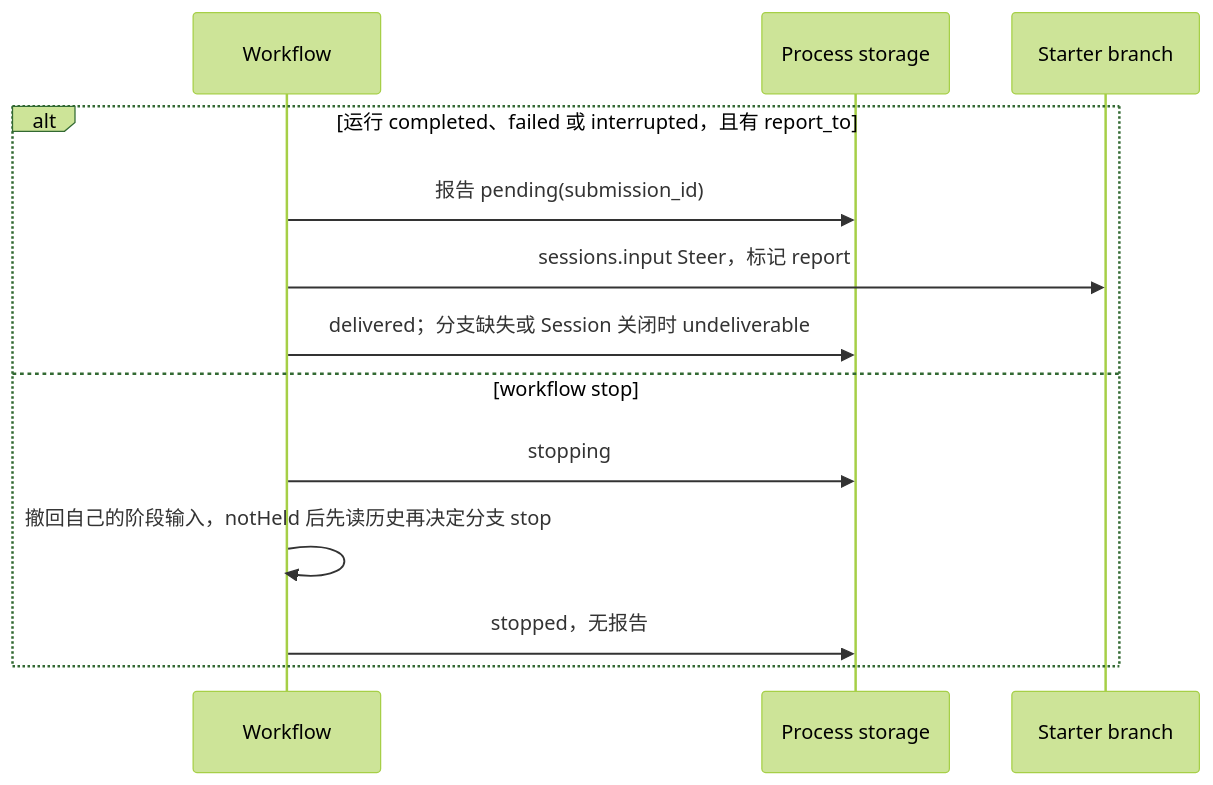
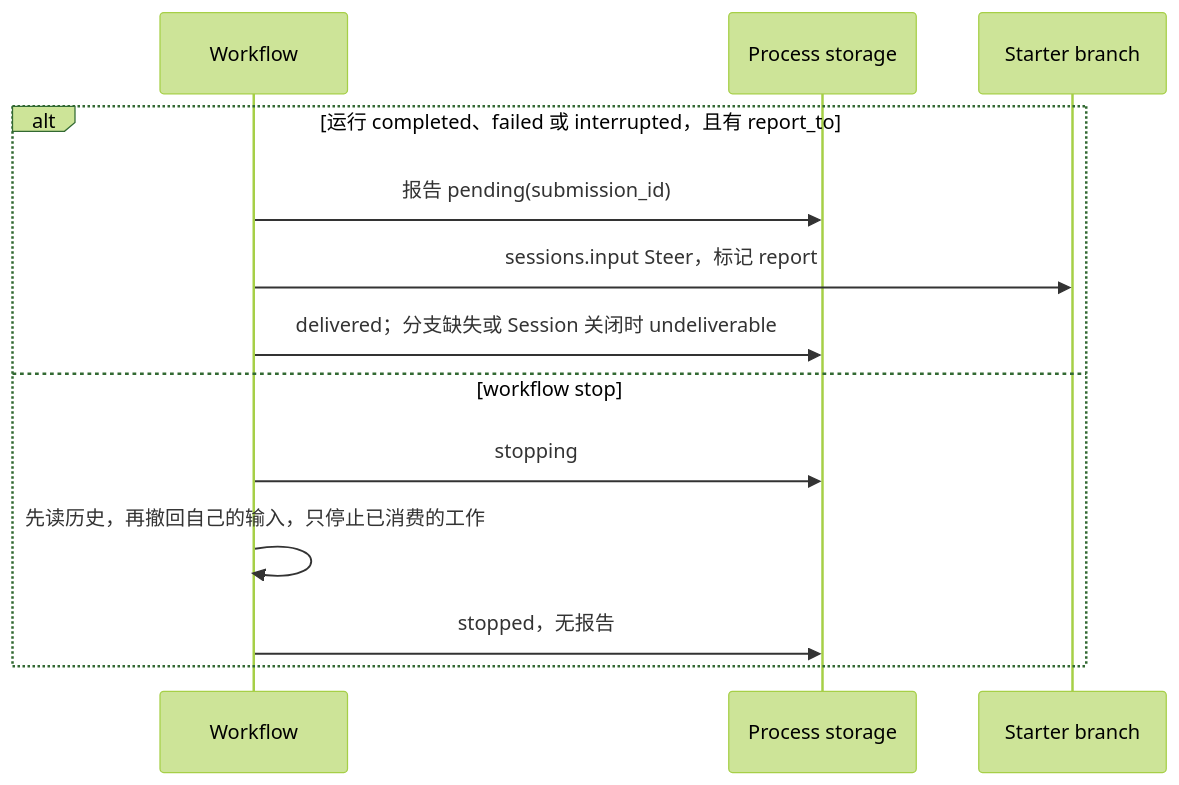
One commit to CoutinhoTTS/dim-agent changed the fourth of 6 diagrams in docs/zh/design/plugins/Workflow.md. Above: the diagram before and after it, drawn with Mermaid (forest theme). The commit also changed other lines of this file and 3 other files, not shown here.

````diff
--- a/docs/zh/design/plugins/Workflow.md
+++ b/docs/zh/design/plugins/Workflow.md
@@ -138,15 +138,15 @@
 ```mermaid
 sequenceDiagram
   participant WF as Workflow
   participant ST as Process storage
   participant STB as Starter branch
   alt 运行 completed、failed 或 interrupted，且有 report_to
     WF->>ST: 报告 pending(submission_id)
     WF->>STB: sessions.input Steer，标记 report
     WF->>ST: delivered；分支缺失或 Session 关闭时 undeliverable
   else workflow stop
     WF->>ST: stopping
-    WF->>WF: 撤回自己的阶段输入，notHeld 后先读历史再决定分支 stop
+    WF->>WF: 先读历史，再撤回自己的输入，只停止已消费的工作
     WF->>ST: stopped，无报告
   end
 ```
````
